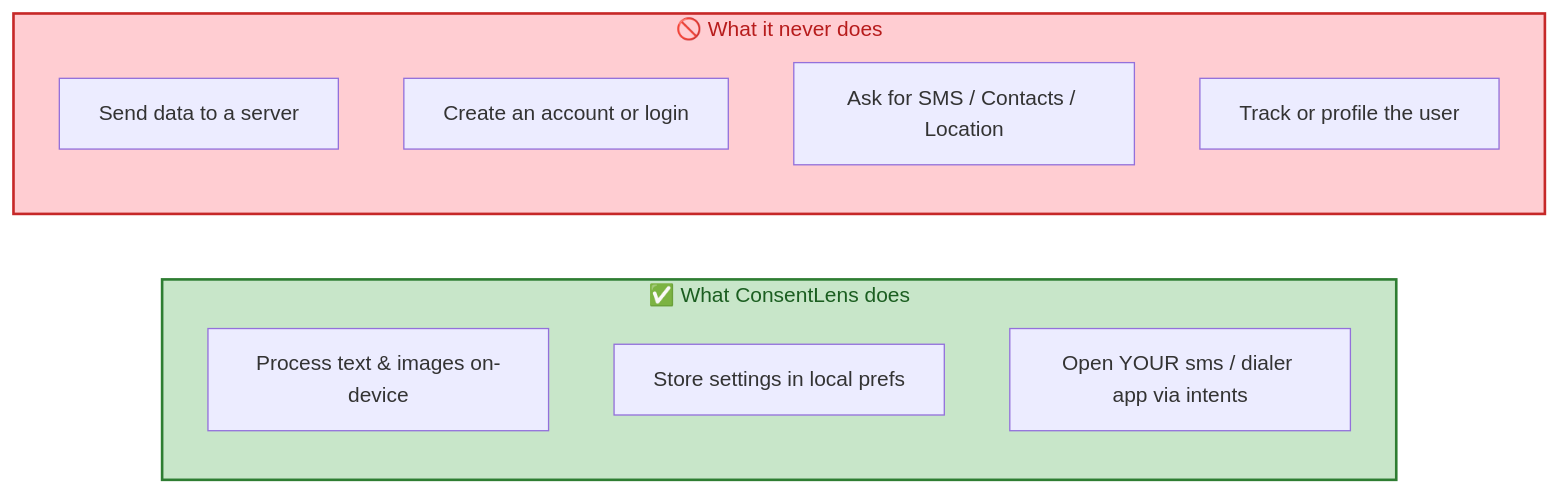
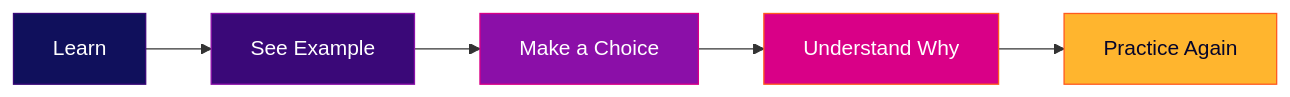
The fifth of 7 diagrams in README.md (harsini2006/ConsentLensFinal), drawn with Mermaid before and after one commit. The commit also changed other lines of this file, not shown here.

````diff
--- a/README.md
+++ b/README.md
@@ -190,16 +301,14 @@
 ```mermaid
 flowchart LR
-    subgraph YES["✅ What ConsentLens does"]
-        A1["Process text & images on-device"]
-        A2["Store settings in local prefs"]
-        A3["Open YOUR sms / dialer app via intents"]
-    end
-    subgraph NO["🚫 What it never does"]
-        B1["Send data to a server"]
-        B2["Create an account or login"]
-        B3["Ask for SMS / Contacts / Location"]
-        B4["Track or profile the user"]
-    end
-    style YES fill:#c8e6c9,stroke:#2e7d32,stroke-width:2px,color:#1b5e20
-    style NO fill:#ffcdd2,stroke:#c62828,stroke-width:2px,color:#b71c1c
+
+    A["Learn"] --> B["See Example"]
+    B --> C["Make a Choice"]
+    C --> D["Understand Why"]
+    D --> E["Practice Again"]
+
+    style A fill:#10105C,stroke:#3A0878,color:#ffffff
+    style B fill:#3A0878,stroke:#8B0FA8,color:#ffffff
+    style C fill:#8B0FA8,stroke:#D90087,color:#ffffff
+    style D fill:#D90087,stroke:#FF5A1F,color:#ffffff
+    style E fill:#FFB52E,stroke:#FF5A1F,color:#05052B
 ```
````
